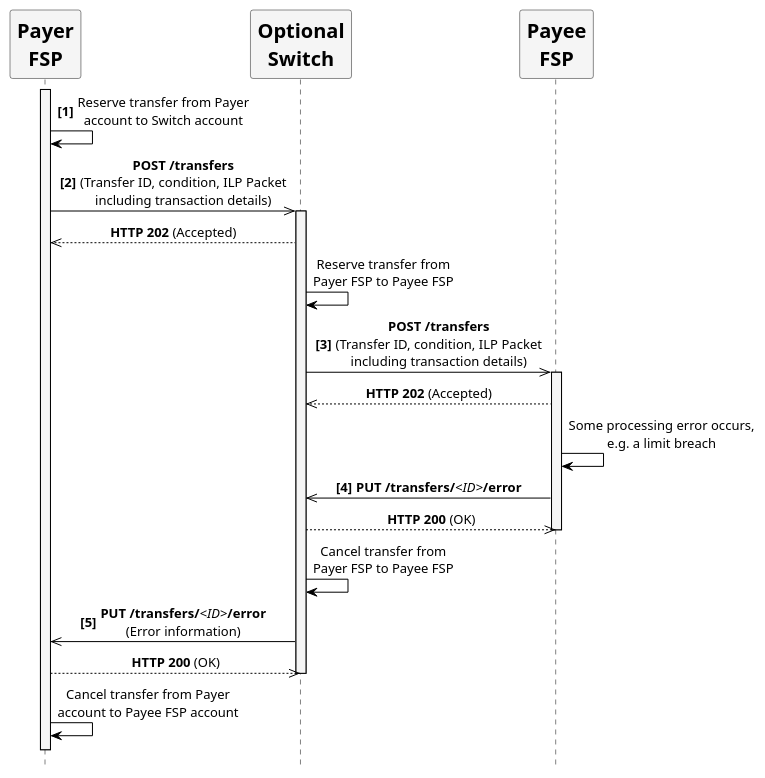
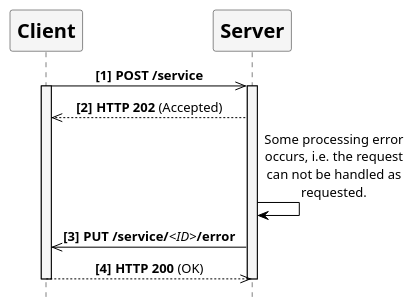
Before and after one commit to mojaloop/mojaloop-specification: the diagram in assets/diagrams/sequence/figure68.plantuml, drawn with PlantUML. The commit also changed 81 other files, not shown here.

```diff
--- a/assets/diagrams/sequence/figure68.plantuml
+++ b/assets/diagrams/sequence/figure68.plantuml
@@ -24,58 +24,41 @@
 @startuml
 
 ' declaring skinparam
 skinparam sequenceMessageAlign center
 skinparam shadowing false
 skinparam defaultFontName Verdana
 skinparam monochrome true
 skinparam SequenceLifeLineBackgroundColor WhiteSmoke
 skinparam SequenceLifeLineBorderColor Black
 skinparam ParticipantFontStyle Bold
 skinparam ParticipantFontSize 20
 skinparam ParticipantBackgroundColor WhiteSmoke
 skinparam ArrowColor Black
 
 hide footbox
 
 ' declare title
-' title Handling of error callback from POST /transfers
+' title Error on server during processing of request
 
 ' Actor Keys:
-' participant - FSP(Payer/Payee) and Switch
+' participant - Client and Server
 
 
 ' declare actors
-participant "Payer\nFSP" as PayerFSP
-participant "Optional\nSwitch" as Switch
-participant "Payee\nFSP" as PayeeFSP
+participant "Client" as client
+participant "Server" as server
 
 ' start flow
 autonumber 1 1 "<b>[0]"
-activate PayerFSP
-PayerFSP -> PayerFSP: Reserve transfer from Payer\naccount to Switch account
-PayerFSP ->> Switch: **POST /transfers**\n(Transfer ID, condition, ILP Packet\nincluding transaction details)
-activate Switch
+client ->> server: **POST /service**
+activate client
+activate server
+client <<-- server: **HTTP 202** (Accepted)
 autonumber stop
-PayerFSP <<-- Switch: **HTTP 202** (Accepted)
-Switch -> Switch: Reserve transfer from\nPayer FSP to Payee FSP
+server -> server: Some processing error\noccurs, i.e. the request\ncan not be handled as\nrequested.
 autonumber resume
-Switch ->> PayeeFSP: **POST /transfers**\n(Transfer ID, condition, ILP Packet\nincluding transaction details)
-activate PayeeFSP
-autonumber stop
-Switch <<-- PayeeFSP: **HTTP 202** (Accepted)
-PayeeFSP -> PayeeFSP: Some processing error occurs,\ne.g. a limit breach
-autonumber resume
-Switch <<- PayeeFSP: **PUT /transfers/**<i><ID></i>**/error**
-autonumber stop
-Switch -->> PayeeFSP: **HTTP 200** (OK)
-deactivate PayeeFSP
-Switch -> Switch: Cancel transfer from\nPayer FSP to Payee FSP
-autonumber resume
-PayerFSP <<- Switch: **PUT /transfers/**<i><ID></i>**/error**\n(Error information)
-autonumber stop
-PayerFSP -->> Switch: **HTTP 200** (OK)
-deactivate Switch
-PayerFSP -> PayerFSP: Cancel transfer from Payer\naccount to Payee FSP account
-PayerFSP -[hidden]> Switch
-deactivate PayerFSP
+client <<- server: **PUT /service/**<i><ID></i>**/error**
+client -->> server: **HTTP 200** (OK)
+deactivate server
+deactivate client
 @enduml
```
